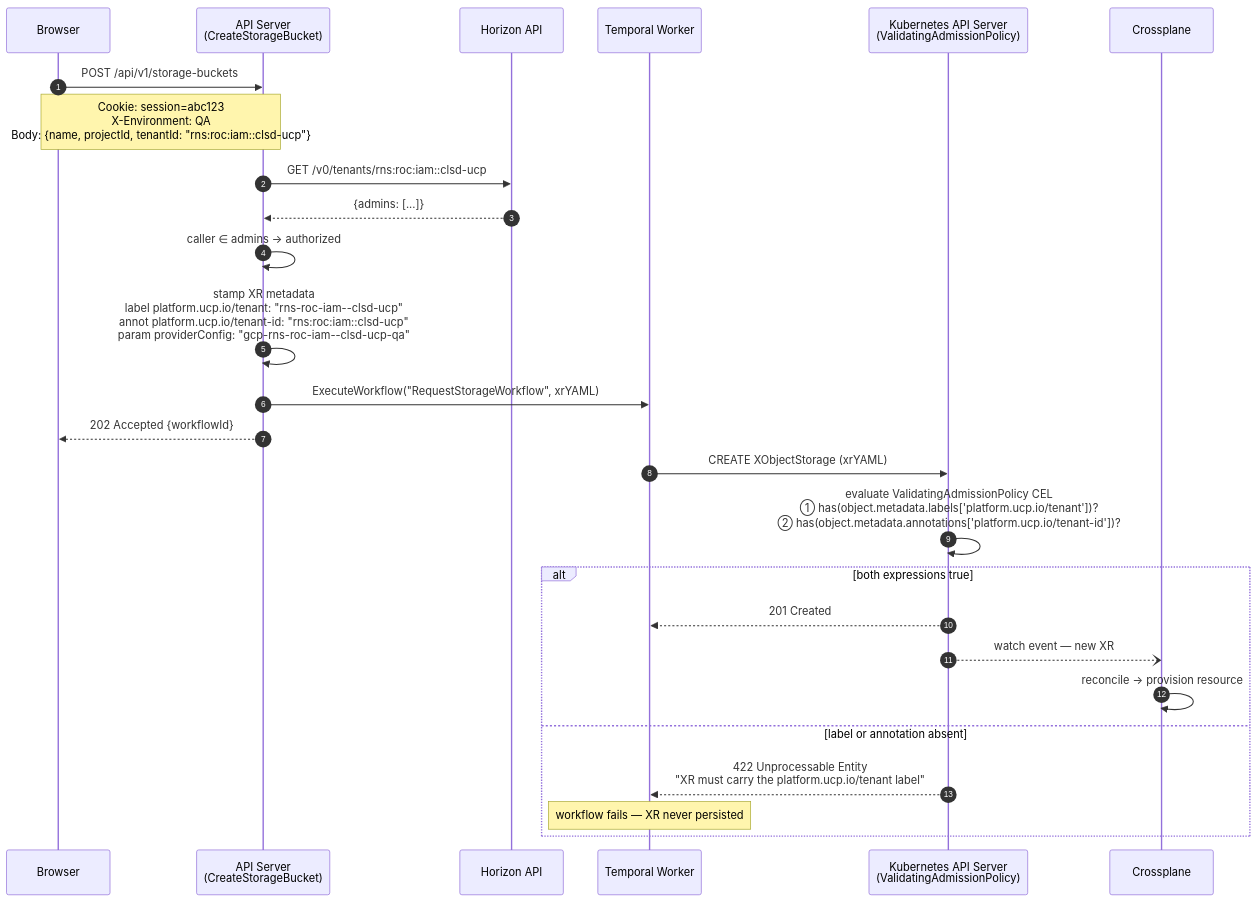
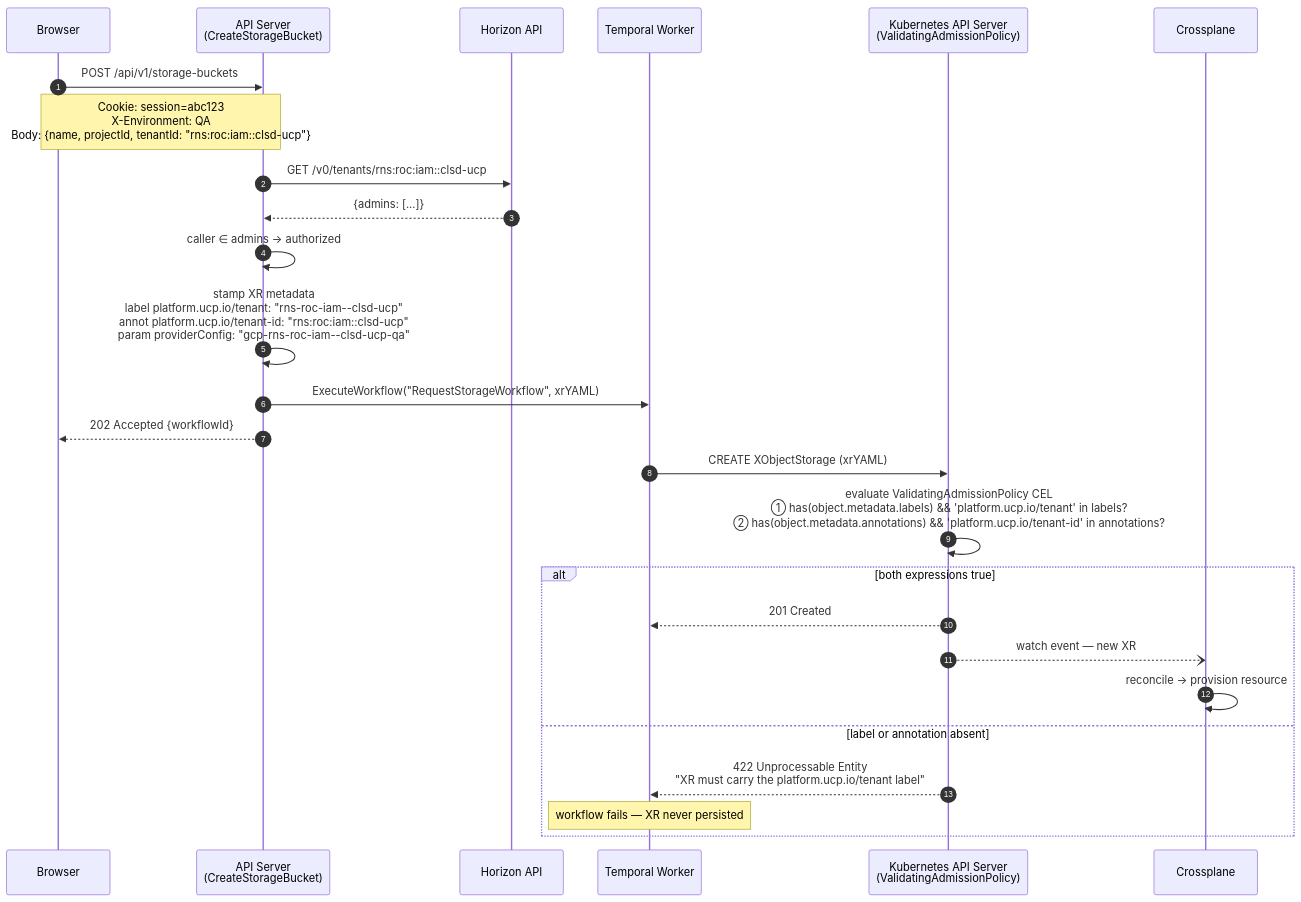
The first of 3 diagrams in docs/projects/universal-control-plane-ucp/pocs/tenant-isolation/implementation.md (aripermana-putra/ucp-docs-collection), drawn with Mermaid before and after one commit. The commit also changed other lines of this file, not shown here.

````diff
--- a/docs/projects/universal-control-plane-ucp/pocs/tenant-isolation/implementation.md
+++ b/docs/projects/universal-control-plane-ucp/pocs/tenant-isolation/implementation.md
@@ -68,36 +68,36 @@
 ```mermaid
 sequenceDiagram
     autonumber
 
     participant Browser
     participant Handler as API Server<br/>(CreateStorageBucket)
     participant Horizon as Horizon API
     participant Temporal as Temporal Worker
     participant K8sAPI as Kubernetes API Server<br/>(ValidatingAdmissionPolicy)
     participant Crossplane
 
     Browser->>Handler: POST /api/v1/storage-buckets
     Note over Browser,Handler: Cookie: session=abc123<br/>X-Environment: QA<br/>Body: {name, projectId, tenantId: "rns:roc:iam::clsd-ucp"}
 
     Handler->>Horizon: GET /v0/tenants/rns:roc:iam::clsd-ucp
     Horizon-->>Handler: {admins: [...]}
     Handler->>Handler: caller ∈ admins → authorized
 
     Handler->>Handler: stamp XR metadata<br/>label  platform.ucp.io/tenant: "rns-roc-iam--clsd-ucp"<br/>annot  platform.ucp.io/tenant-id: "rns:roc:iam::clsd-ucp"<br/>param  providerConfig: "gcp-rns-roc-iam--clsd-ucp-qa"
 
     Handler->>Temporal: ExecuteWorkflow("RequestStorageWorkflow", xrYAML)
     Handler-->>Browser: 202 Accepted {workflowId}
 
     Temporal->>K8sAPI: CREATE XObjectStorage (xrYAML)
 
-    K8sAPI->>K8sAPI: evaluate ValidatingAdmissionPolicy CEL<br/>① has(object.metadata.labels['platform.ucp.io/tenant'])?<br/>② has(object.metadata.annotations['platform.ucp.io/tenant-id'])?
+    K8sAPI->>K8sAPI: evaluate ValidatingAdmissionPolicy CEL<br/>① has(object.metadata.labels) && 'platform.ucp.io/tenant' in labels?<br/>② has(object.metadata.annotations) && 'platform.ucp.io/tenant-id' in annotations?
 
     alt both expressions true
         K8sAPI-->>Temporal: 201 Created
         K8sAPI--)Crossplane: watch event — new XR
         Crossplane->>Crossplane: reconcile → provision resource
     else label or annotation absent
         K8sAPI-->>Temporal: 422 Unprocessable Entity<br/>"XR must carry the platform.ucp.io/tenant label"
         Note over Temporal: workflow fails — XR never persisted
     end
 ```
````
